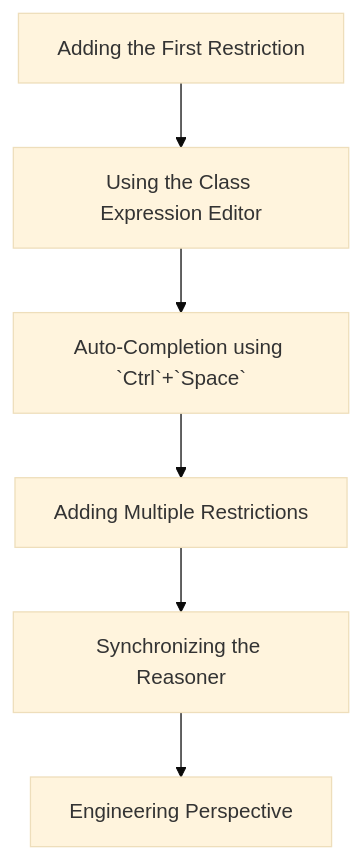
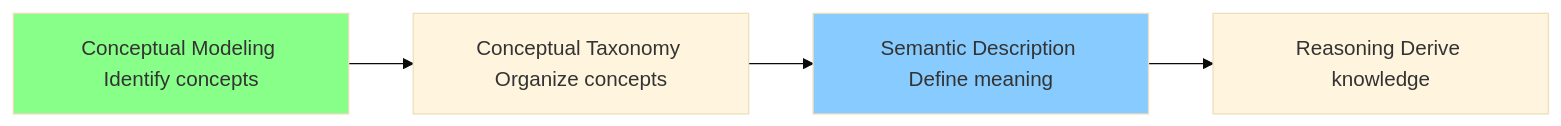
The fifth of 5 diagrams in ebook/markdown/ch17.md (yasenstar/protege_pizza), drawn with Mermaid (base theme) before and after one commit. The commit also changed other lines of this file, not shown here.

````diff
--- a/ebook/markdown/ch17.md
+++ b/ebook/markdown/ch17.md
@@ -491,9 +463,9 @@
 ```mermaid
-flowchart TD
-A[Adding the First Restriction]
--->B[Using the Class Expression Editor]
--->C[Auto-Completion using `Ctrl`+`Space`]
--->D[Adding Multiple Restrictions]
--->E[Synchronizing the Reasoner]
--->F[Engineering Perspective]
+flowchart LR
+A[Conceptual Modeling Identify concepts]
+-->B[Conceptual Taxonomy Organize concepts]
+-->C[Semantic Description Define meaning]
+-->D[Reasoning Derive knowledge]
+style A fill:#88FF88
+style C fill:#88CCFF
 ```
````
